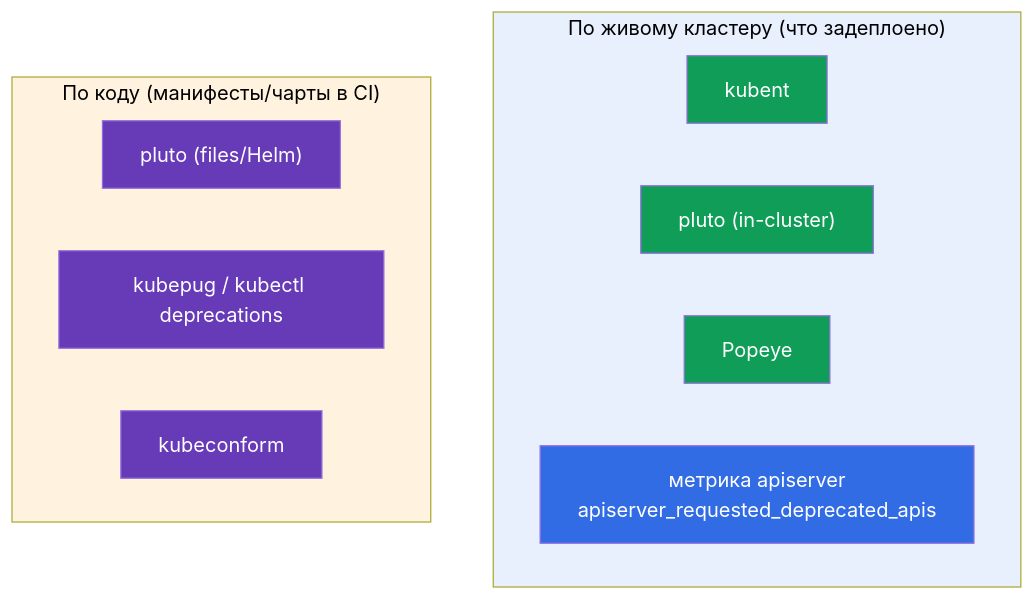
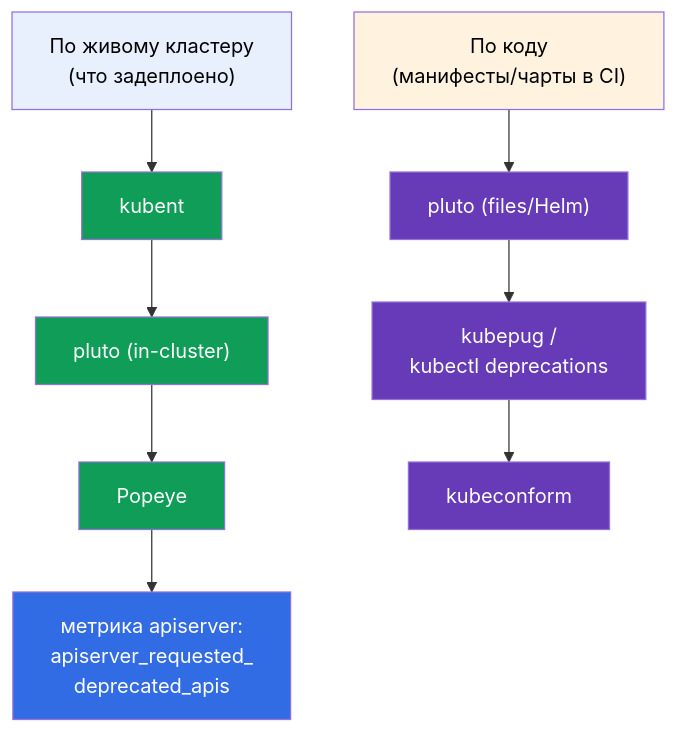
Before and after one commit to ViktorUJ/cks: the sixth of 6 diagrams in tasks/cka/course/29/ru.md, drawn with Mermaid. The commit also changed other lines of this file and 30 other files, not shown here.

````diff
--- a/tasks/cka/course/29/ru.md
+++ b/tasks/cka/course/29/ru.md
@@ -184,23 +201,14 @@
 ```mermaid
 flowchart TB
-    subgraph cluster["По живому кластеру (что задеплоено)"]
-        kubent1["kubent"]
-        pluto1["pluto (in-cluster)"]
-        popeye["Popeye"]
-        metric["метрика apiserver<br>apiserver_requested_deprecated_apis"]
-    end
-    subgraph code["По коду (манифесты/чарты в CI)"]
-        pluto2["pluto (files/Helm)"]
-        kubepug["kubepug / kubectl deprecations"]
-        kubeconform["kubeconform"]
-    end
+    cluster["По живому кластеру<br>(что задеплоено)"] --> kubent1["kubent"] --> pluto1["pluto (in-cluster)"] --> popeye["Popeye"] --> metric["метрика apiserver:<br>apiserver_requested_<br>deprecated_apis"]
+    code["По коду<br>(манифесты/чарты в CI)"] --> pluto2["pluto (files/Helm)"] --> kubepug["kubepug /<br>kubectl deprecations"] --> kubeconform["kubeconform"]
     style cluster fill:#e8f0fe,color:#000
     style code fill:#fff3e0,color:#000
     style kubent1 fill:#0f9d58,color:#fff
     style pluto1 fill:#0f9d58,color:#fff
     style popeye fill:#0f9d58,color:#fff
     style metric fill:#326ce5,color:#fff
     style pluto2 fill:#673ab7,color:#fff
     style kubepug fill:#673ab7,color:#fff
     style kubeconform fill:#673ab7,color:#fff
 ```
````
